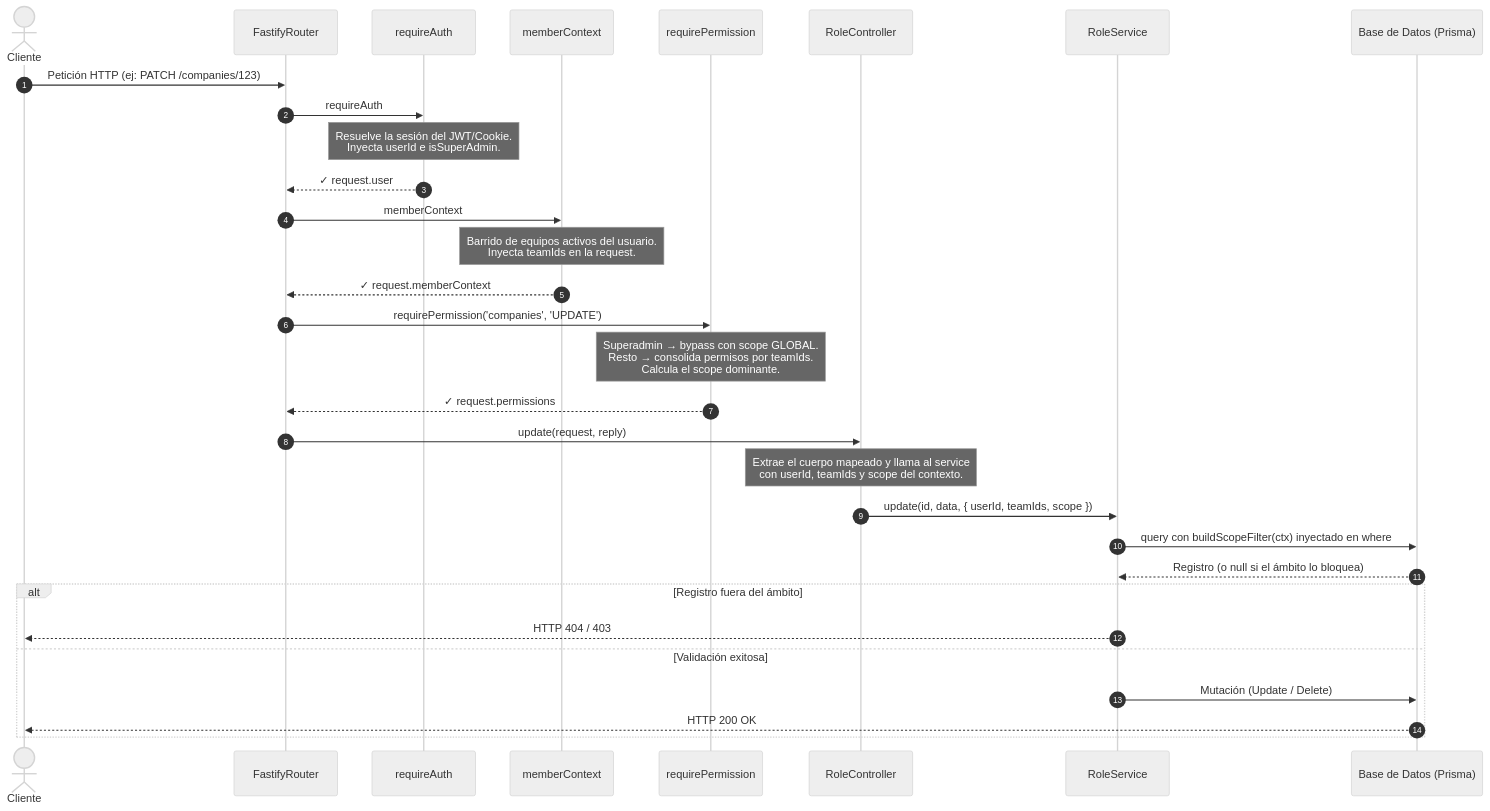
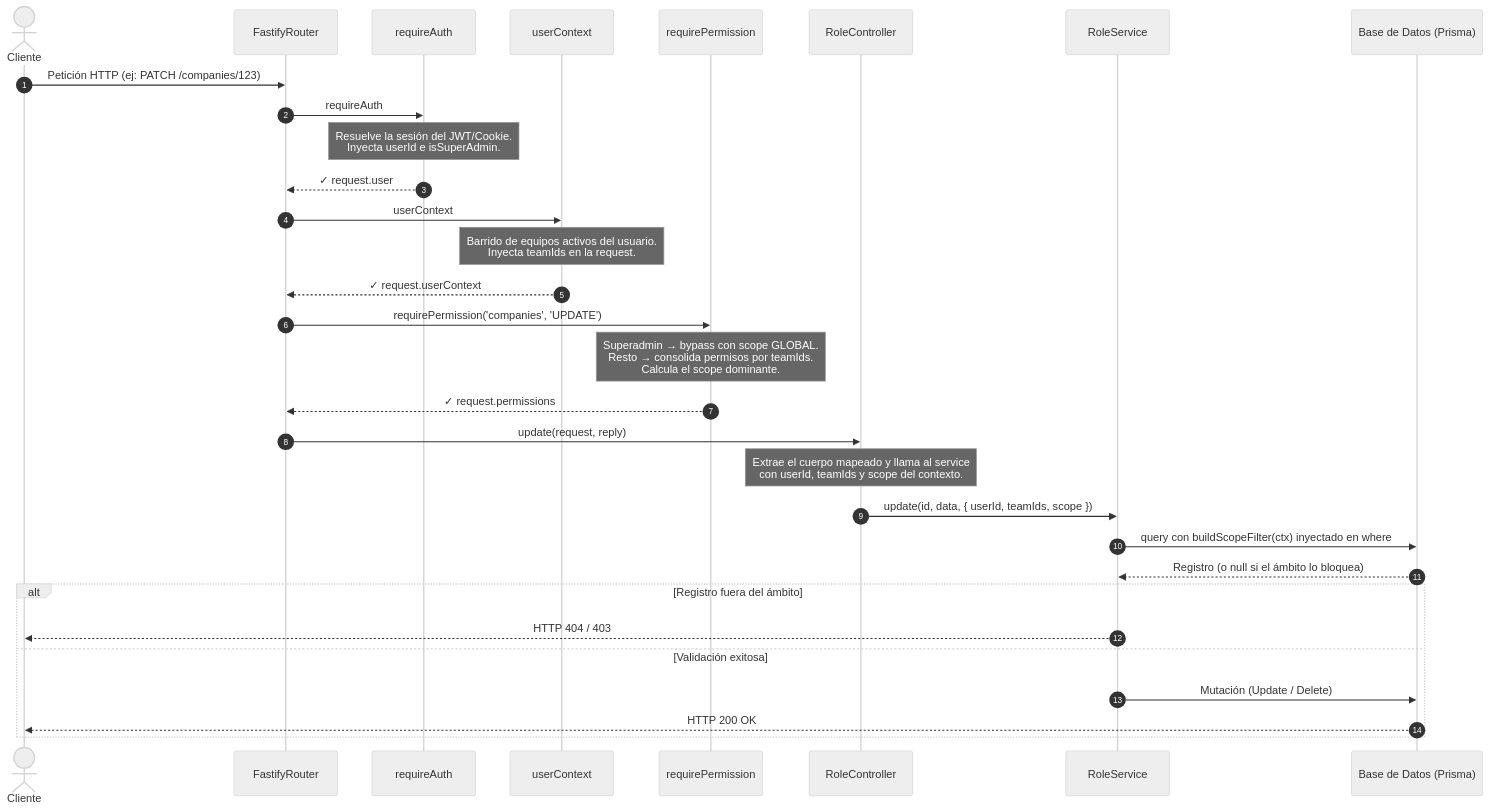
One commit to javireyramirez/plantilla-fastify changed the third of 3 diagrams in rbac_ampliado.md. Above: the diagram before and after it, drawn with Mermaid (neutral theme). The commit also changed 33 other files, not shown here.

````diff
--- a/rbac_ampliado.md
+++ b/rbac_ampliado.md
@@ -141,40 +141,40 @@
 ```mermaid
 sequenceDiagram
     autonumber
     actor Cliente
     participant Router as FastifyRouter
     participant Hook1 as requireAuth
-    participant Hook2 as memberContext
+    participant Hook2 as userContext
     participant Hook3 as requirePermission
     participant Ctrl as RoleController
     participant Srv as RoleService
     participant DB as Base de Datos (Prisma)
 
     Cliente->>Router: Petición HTTP (ej: PATCH /companies/123)
 
     Router->>Hook1: requireAuth
     Note over Hook1: Resuelve la sesión del JWT/Cookie.<br/>Inyecta userId e isSuperAdmin.
     Hook1-->>Router: ✓ request.user
 
-    Router->>Hook2: memberContext
+    Router->>Hook2: userContext
     Note over Hook2: Barrido de equipos activos del usuario.<br/>Inyecta teamIds en la request.
-    Hook2-->>Router: ✓ request.memberContext
+    Hook2-->>Router: ✓ request.userContext
 
     Router->>Hook3: requirePermission('companies', 'UPDATE')
     Note over Hook3: Superadmin → bypass con scope GLOBAL.<br/>Resto → consolida permisos por teamIds.<br/>Calcula el scope dominante.
     Hook3-->>Router: ✓ request.permissions
 
     Router->>Ctrl: update(request, reply)
     Note over Ctrl: Extrae el cuerpo mapeado y llama al service<br/>con userId, teamIds y scope del contexto.
     Ctrl->>Srv: update(id, data, { userId, teamIds, scope })
 
     Srv->>DB: query con buildScopeFilter(ctx) inyectado en where
     DB-->>Srv: Registro (o null si el ámbito lo bloquea)
 
     alt Registro fuera del ámbito
         Srv-->>Cliente: HTTP 404 / 403
     else Validación exitosa
         Srv->>DB: Mutación (Update / Delete)
         DB-->>Cliente: HTTP 200 OK
     end
 ```
````
